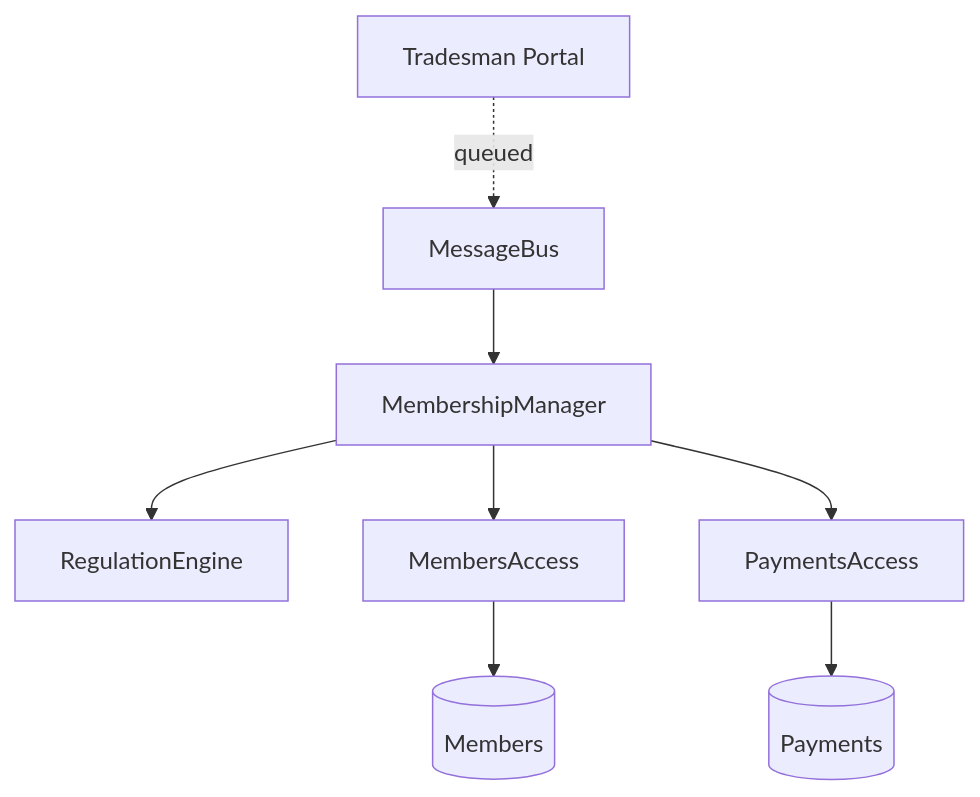
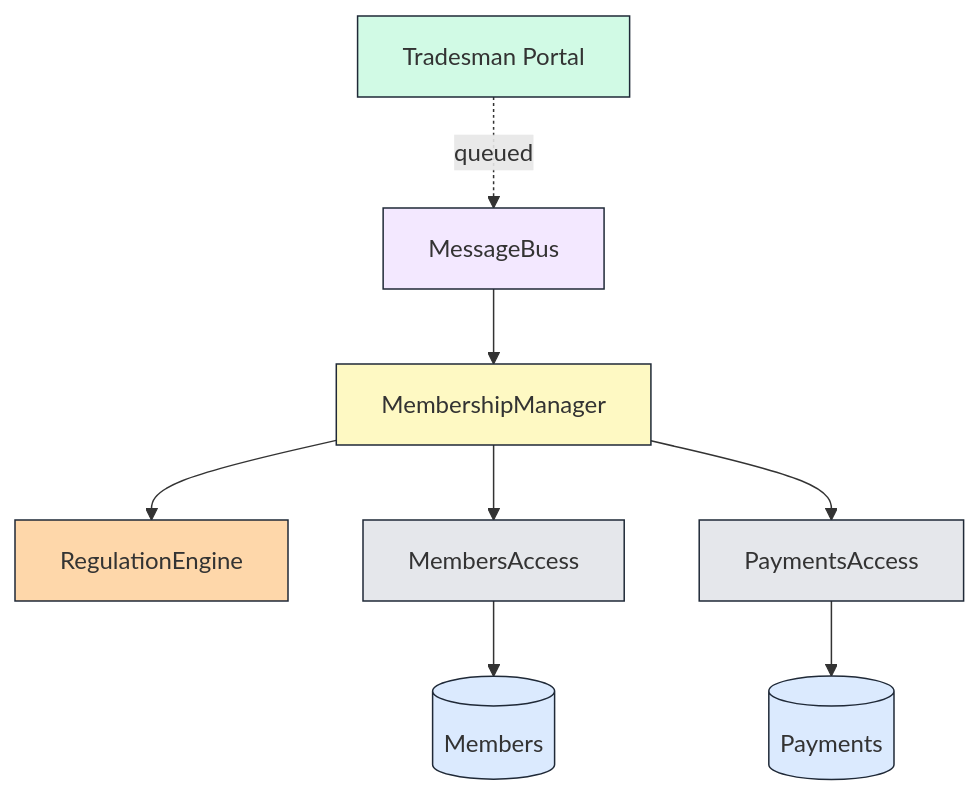
Before and after one commit to esond/claude-skills: the second of 2 diagrams in skills/righting-software-system-design/SKILL.md, drawn with Mermaid. The commit also changed other lines of this file and 1 other file, not shown here.

First line of the commit message:
Color diagram components by layer

````diff
--- a/skills/righting-software-system-design/SKILL.md
+++ b/skills/righting-software-system-design/SKILL.md
@@ -737,19 +757,26 @@
 ```mermaid
 flowchart TD
-  Client[Tradesman Portal]
-  Bus[MessageBus]
-  Mgr[MembershipManager]
-  Eng[RegulationEngine]
-  AccM[MembersAccess]
-  AccP[PaymentsAccess]
-  Members[(Members)]
-  Payments[(Payments)]
+  Client[Tradesman Portal]:::client
+  Bus[MessageBus]:::utility
+  Mgr[MembershipManager]:::manager
+  Eng[RegulationEngine]:::engine
+  AccM[MembersAccess]:::access
+  AccP[PaymentsAccess]:::access
+  Members[(Members)]:::resource
+  Payments[(Payments)]:::resource
 
   Client -. queued .-> Bus
   Bus --> Mgr
   Mgr --> Eng
   Mgr --> AccM
   Mgr --> AccP
   AccM --> Members
   AccP --> Payments
+
+  classDef client   fill:#d1fae5,stroke:#1f2937
+  classDef manager  fill:#fef9c3,stroke:#1f2937
+  classDef engine   fill:#fed7aa,stroke:#1f2937
+  classDef access   fill:#e5e7eb,stroke:#1f2937
+  classDef resource fill:#dbeafe,stroke:#1f2937
+  classDef utility  fill:#f3e8ff,stroke:#1f2937
 ```
````
